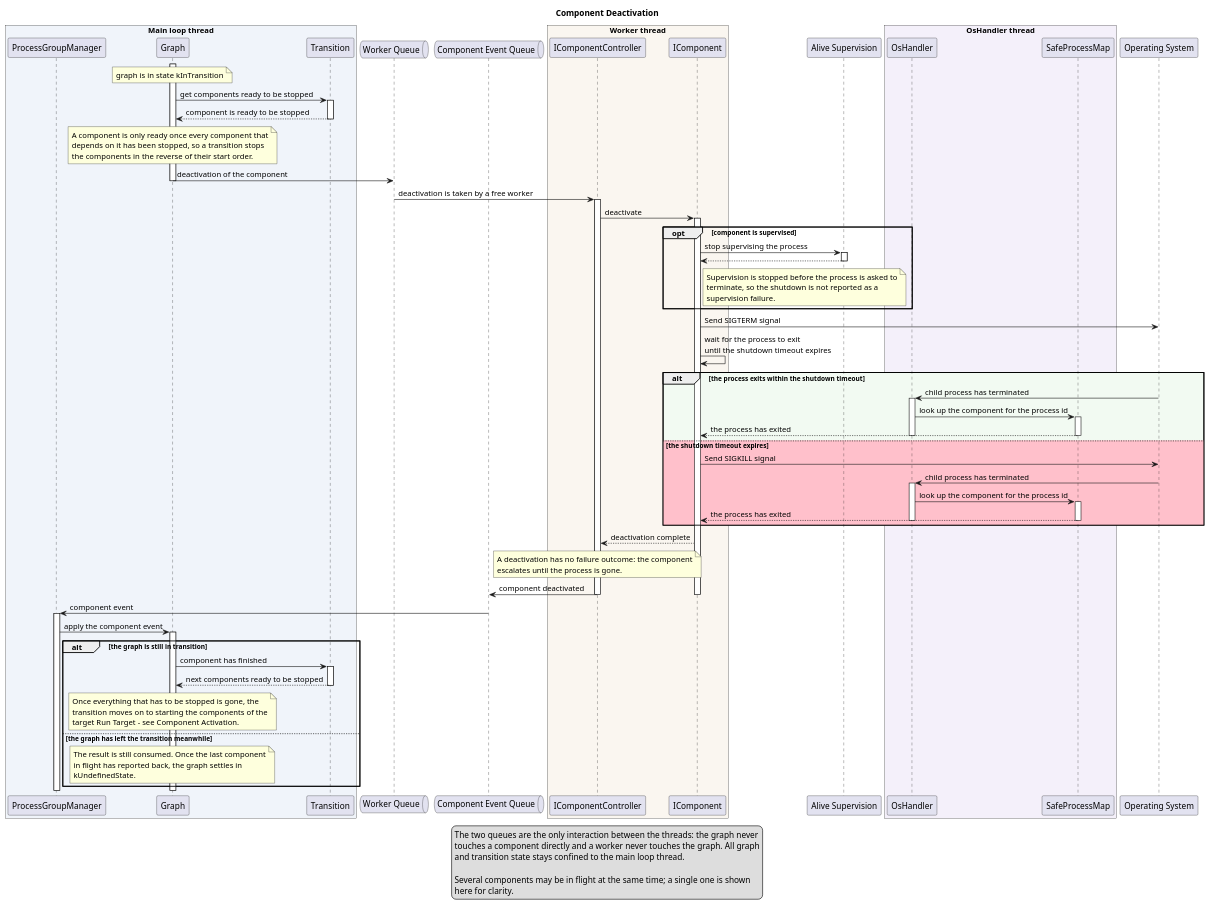
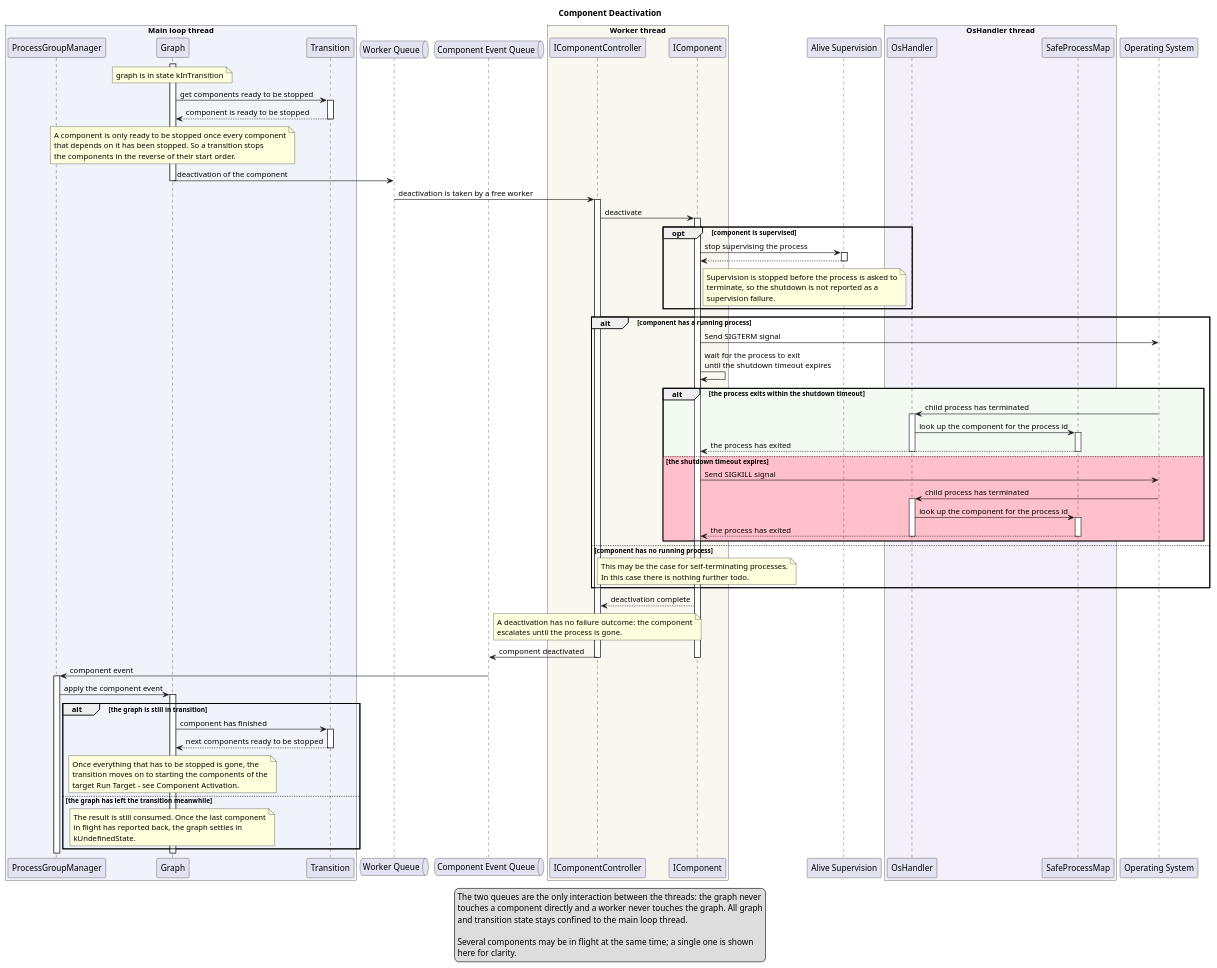
Before and after one commit to eclipse-score/lifecycle: the diagram in score/launch_manager/docs/detailed_design/_assets/component_deactivation.puml, drawn with PlantUML. The commit also changed 4 other files, not shown here.

```diff
--- a/score/launch_manager/docs/detailed_design/_assets/component_deactivation.puml
+++ b/score/launch_manager/docs/detailed_design/_assets/component_deactivation.puml
@@ -14,118 +14,127 @@
 @startuml component_deactivation
 
 title Component Deactivation
 
 box "Main loop thread" #F0F4FA
 participant "ProcessGroupManager" as PGM
 participant "Graph" as Graph
 participant "Transition" as Transition
 end box
 
 queue "Worker Queue" as WorkerQueue
 queue "Component Event Queue" as EventQueue
 
 box "Worker thread" #FAF6F0
 participant "IComponentController" as Monitor
 participant "IComponent" as Component
 end box
 
 participant "Alive Supervision" as Supervision
 
 box "OsHandler thread" #F4F0FA
 participant "OsHandler" as OsHandler
 participant "SafeProcessMap" as Map
 end box
 
 participant "Operating System" as OS
 
 note over Graph: graph is in state kInTransition
 
 ' --- dispatch ----------------------------------------------------------------
 activate Graph
 Graph -> Transition ++: get components ready to be stopped
 Transition --> Graph --: component is ready to be stopped
 note over Graph
-  A component is only ready once every component that
-  depends on it has been stopped, so a transition stops
+  A component is only ready to be stopped once every component
+  that depends on it has been stopped. So a transition stops
   the components in the reverse of their start order.
 end note
 Graph -> WorkerQueue: deactivation of the component
 deactivate Graph
 
 ' --- execution ---------------------------------------------------------------
 WorkerQueue -> Monitor ++: deactivation is taken by a free worker
 Monitor -> Component ++: deactivate
 
 opt component is supervised
     Component -> Supervision ++: stop supervising the process
     Supervision --> Component --:
     note right of Component
       Supervision is stopped before the process is asked to
       terminate, so the shutdown is not reported as a
       supervision failure.
     end note
 end
 
-Component -> OS: Send SIGTERM signal
-Component -> Component: wait for the process to exit\nuntil the shutdown timeout expires
+alt component has a running process
 
-alt #F2FAF2 the process exits within the shutdown timeout
-    OS -> OsHandler ++: child process has terminated
-    OsHandler -> Map ++: look up the component for the process id
-    Map --> Component: the process has exited
-    deactivate Map
-    deactivate OsHandler
+  Component -> OS: Send SIGTERM signal
+  Component -> Component: wait for the process to exit\nuntil the shutdown timeout expires
 
-else #Pink the shutdown timeout expires
-    Component -> OS: Send SIGKILL signal
-    OS -> OsHandler ++: child process has terminated
-    OsHandler -> Map ++: look up the component for the process id
-    Map --> Component: the process has exited
-    deactivate Map
-    deactivate OsHandler
-end
+  alt #F2FAF2 the process exits within the shutdown timeout
+      OS -> OsHandler ++: child process has terminated
+      OsHandler -> Map ++: look up the component for the process id
+      Map --> Component: the process has exited
+      deactivate Map
+      deactivate OsHandler
+
+  else #Pink the shutdown timeout expires
+      Component -> OS: Send SIGKILL signal
+      OS -> OsHandler ++: child process has terminated
+      OsHandler -> Map ++: look up the component for the process id
+      Map --> Component: the process has exited
+      deactivate Map
+      deactivate OsHandler
+  end
+
+else component has no running process
+  note over Component
+  This may be the case for self-terminating processes.
+  In this case there is nothing further todo.
+  end note
+end alt
 
 ' --- result ------------------------------------------------------------------
 Component --> Monitor: deactivation complete
 note over Monitor
   A deactivation has no failure outcome: the component
   escalates until the process is gone.
 end note
 Monitor -> EventQueue: component deactivated
 deactivate Component
 deactivate Monitor
 
 ' --- completion --------------------------------------------------------------
 EventQueue -> PGM ++: component event
 PGM -> Graph ++: apply the component event
 
 alt the graph is still in transition
     Graph -> Transition ++: component has finished
     Transition --> Graph --: next components ready to be stopped
     note over Graph
       Once everything that has to be stopped is gone, the
       transition moves on to starting the components of the
       target Run Target - see Component Activation.
     end note
 
 else the graph has left the transition meanwhile
     note over Graph
       The result is still consumed. Once the last component
       in flight has reported back, the graph settles in
       kUndefinedState.
     end note
 end
 
 deactivate Graph
 deactivate PGM
 
 legend bottom
   The two queues are the only interaction between the threads: the graph never
   touches a component directly and a worker never touches the graph. All graph
   and transition state stays confined to the main loop thread.
 
   Several components may be in flight at the same time; a single one is shown
   here for clarity.
 end legend
 
 @enduml
```
